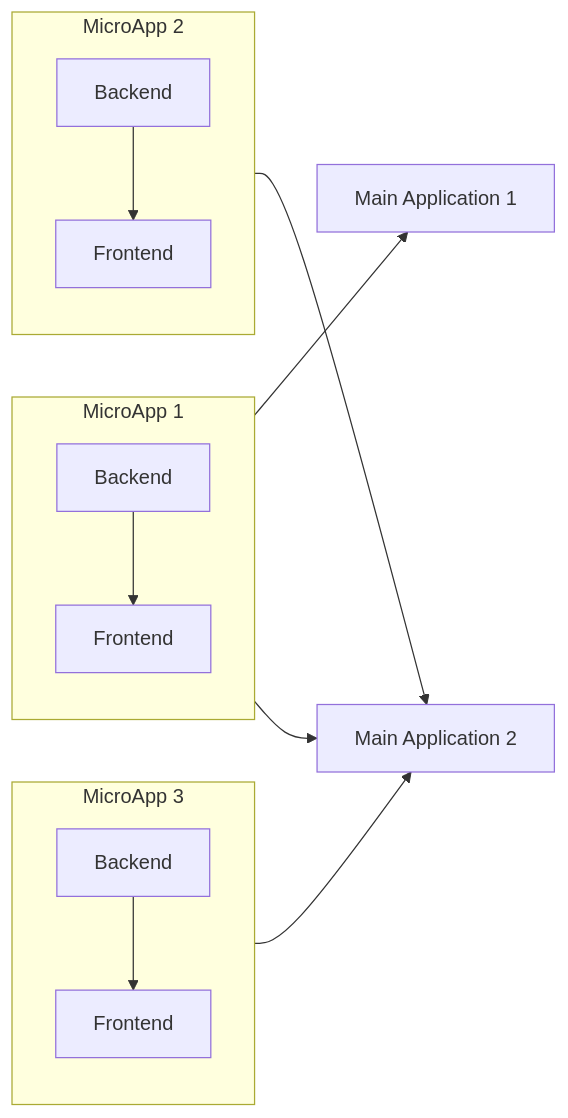
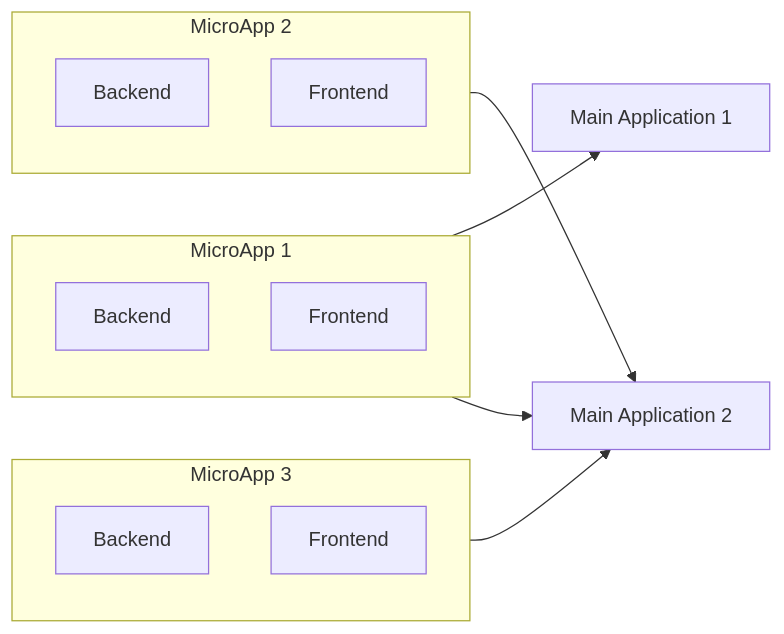
Before and after one commit to a6h15hek/a6h15hek: the second of 2 diagrams in blogs/microapp.md, drawn with Mermaid.

Commit message:
diagram updated

````diff
--- a/blogs/microapp.md
+++ b/blogs/microapp.md
@@ -44,20 +44,24 @@
 ```mermaid
 graph LR
     B --> A[Main Application 1]
     
     B --> D[Main Application 2]
     C --> D
     E --> D
 
     subgraph B[MicroApp 1]
-        B2[Backend] --> B1[Frontend]
+        B2[Backend] 
+        B1[Frontend]
     end
 
     subgraph C[MicroApp 2]
-        C2[Backend] --> C1[Frontend]
+        C2[Backend] 
+        C1[Frontend]
     end
 
     subgraph E[MicroApp 3]
-        E2[Backend] --> E1[Frontend]
+        E2[Backend]
+        E1[Frontend]
     end
+
 ```
````
